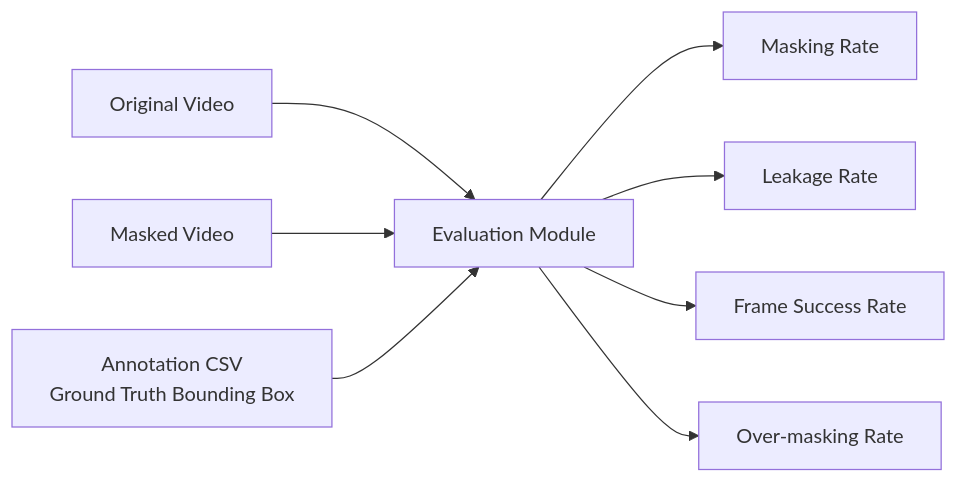
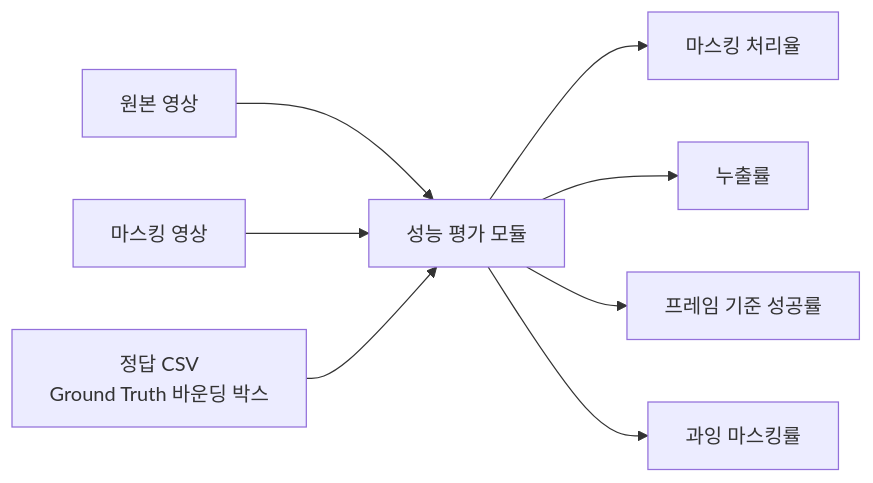
One commit to Marble2468/ip-camera-hub changed the fourth of 5 diagrams in README.md. Above: the diagram before and after it, drawn with Mermaid. The commit also changed other lines of this file, not shown here.

````diff
--- a/README.md
+++ b/README.md
@@ -124,11 +124,11 @@
 ```mermaid
 flowchart LR
-    A[Original Video] --> D[Evaluation Module]
-    B[Masked Video] --> D
-    C[Annotation CSV<br/>Ground Truth Bounding Box] --> D
+    A[원본 영상] --> D[성능 평가 모듈]
+    B[마스킹 영상] --> D
+    C[정답 CSV<br/>Ground Truth 바운딩 박스] --> D
 
-    D --> E[Masking Rate]
-    D --> F[Leakage Rate]
-    D --> G[Frame Success Rate]
-    D --> H[Over-masking Rate]
+    D --> E[마스킹 처리율]
+    D --> F[누출률]
+    D --> G[프레임 기준 성공률]
+    D --> H[과잉 마스킹률]
 ```
````
